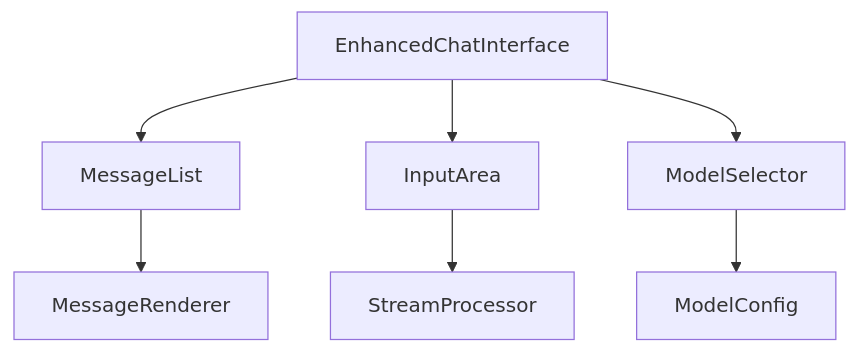
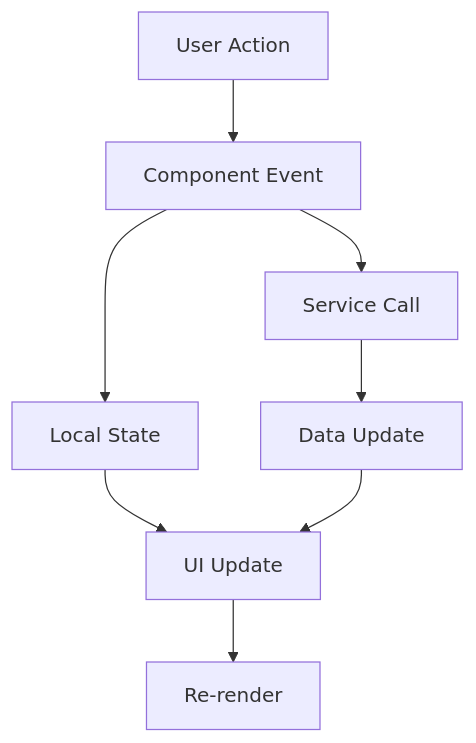
One commit to SimoKiihamaki/cognicore changed the second of 3 diagrams in docs/components.md. Above: the diagram before and after it, drawn with Mermaid. The commit also changed other lines of this file and 9 other files, not shown here.

````diff
--- a/docs/components.md
+++ b/docs/components.md
@@ -58,9 +243,12 @@
 ```mermaid
 graph TD
-    A[EnhancedChatInterface] --> B[MessageList]
-    A --> C[InputArea]
-    A --> D[ModelSelector]
-    B --> E[MessageRenderer]
-    C --> F[StreamProcessor]
-    D --> G[ModelConfig]
+    A[User Action] --> B[Component Event]
+    B --> C[Local State]
+    B --> D[Service Call]
+    
+    C --> E[UI Update]
+    D --> F[Data Update]
+    F --> E
+    
+    E --> G[Re-render]
 ```
````
